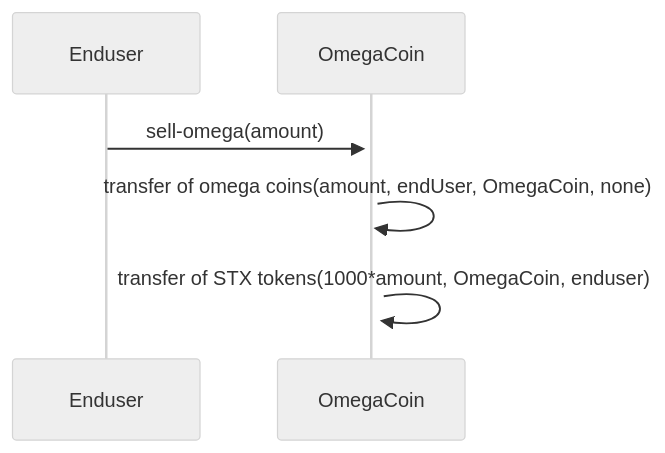
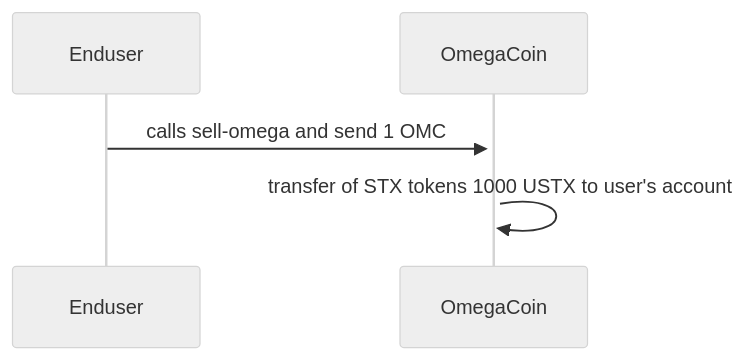
The diagram in 003-ft/clarinet-projects/arsalankhan/my-token-contract/diagrams/EndUserSell.mmd (tintash/clarity-projects), drawn with Mermaid (neutral theme) before and after one commit. The commit also changed 6 other files, not shown here.

Commit message:
diagrams updated with simple actions

```diff
--- a/003-ft/clarinet-projects/arsalankhan/my-token-contract/diagrams/EndUserSell.mmd
+++ b/003-ft/clarinet-projects/arsalankhan/my-token-contract/diagrams/EndUserSell.mmd
@@ -1,4 +1,3 @@
 sequenceDiagram
-  Enduser->>+OmegaCoin: sell-omega(amount)
-  OmegaCoin->>+OmegaCoin: transfer of omega coins(amount, endUser, OmegaCoin, none)
-  OmegaCoin->>+OmegaCoin: transfer of STX tokens(1000*amount, OmegaCoin, enduser)
+  Enduser->>+OmegaCoin: calls sell-omega and send 1 OMC
+  OmegaCoin->>+OmegaCoin: transfer of STX tokens 1000 USTX to user's account
```
